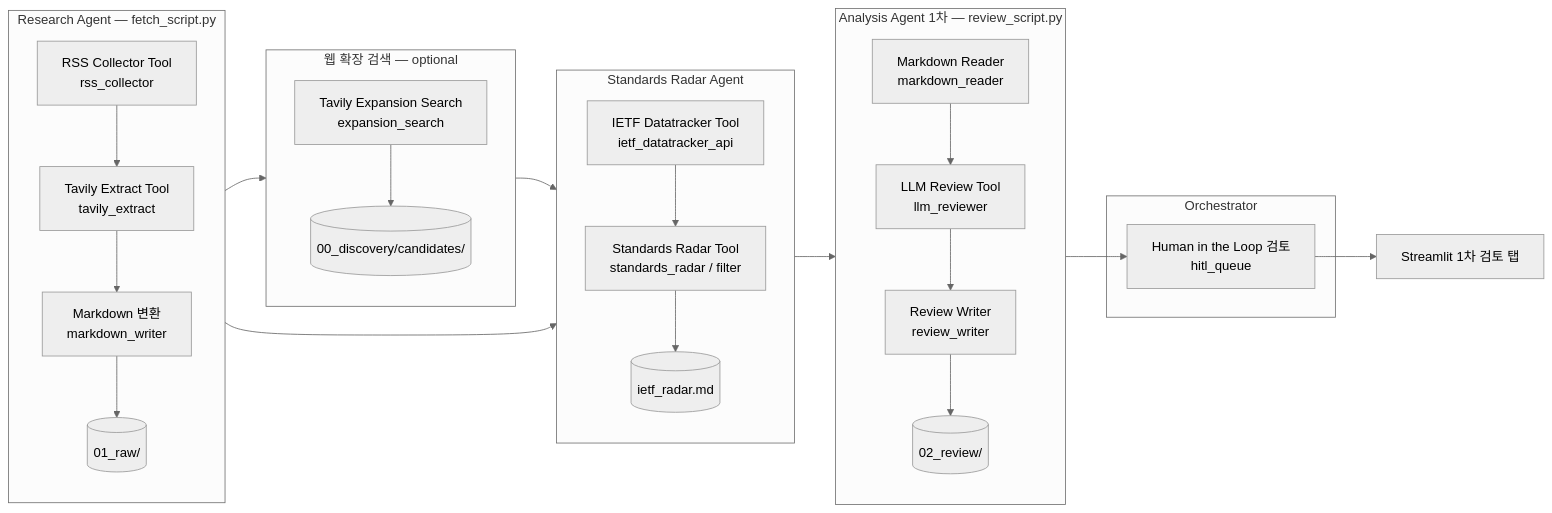
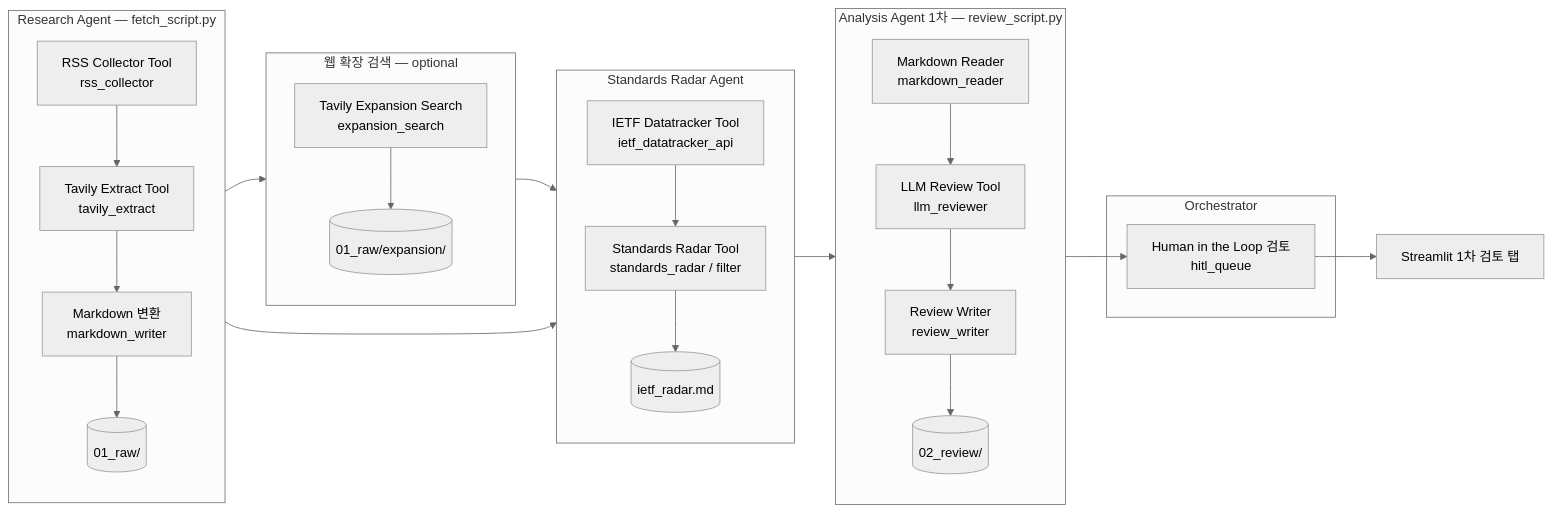
The second of 4 diagrams in docs/assignment-spec.md (BPARK0131/newsletter_agent), drawn with Mermaid (neutral theme) before and after one commit. The commit also changed other lines of this file and 14 other files, not shown here.

````diff
--- a/docs/assignment-spec.md
+++ b/docs/assignment-spec.md
@@ -407,43 +407,43 @@
 ```mermaid
 flowchart LR
     subgraph Fetch["Research Agent — fetch_script.py"]
         direction TB
         T1["RSS Collector Tool<br/>rss_collector"]
         T2["Tavily Extract Tool<br/>tavily_extract"]
         T3["Markdown 변환<br/>markdown_writer"]
         T1 --> T2
         T2 --> T3
         T3 --> V1[("01_raw/")]
     end
 
     subgraph Discovery["웹 확장 검색 — optional"]
         D1["Tavily Expansion Search<br/>expansion_search"]
-        D1 --> V0[("00_discovery/candidates/")]
+        D1 --> V0[("01_raw/expansion/")]
     end
 
     subgraph Radar["Standards Radar Agent"]
         R1["IETF Datatracker Tool<br/>ietf_datatracker_api"]
         R2["Standards Radar Tool<br/>standards_radar / filter"]
         R1 --> R2
         R2 --> V2[("ietf_radar.md")]
     end
 
     subgraph Review["Analysis Agent 1차 — review_script.py"]
         A1["Markdown Reader<br/>markdown_reader"]
         A2["LLM Review Tool<br/>llm_reviewer"]
         A3["Review Writer<br/>review_writer"]
         A1 --> A2 --> A3
         A3 --> V3[("02_review/")]
     end
 
     subgraph Ready["Orchestrator"]
         Q1["Human in the Loop 검토<br/>hitl_queue"]
     end
 
     Fetch --> Discovery
     Discovery --> Radar
     Fetch --> Radar
     Radar --> Review
     Review --> Q1
     Q1 --> HITLUI["Streamlit 1차 검토 탭"]
 ```
````
